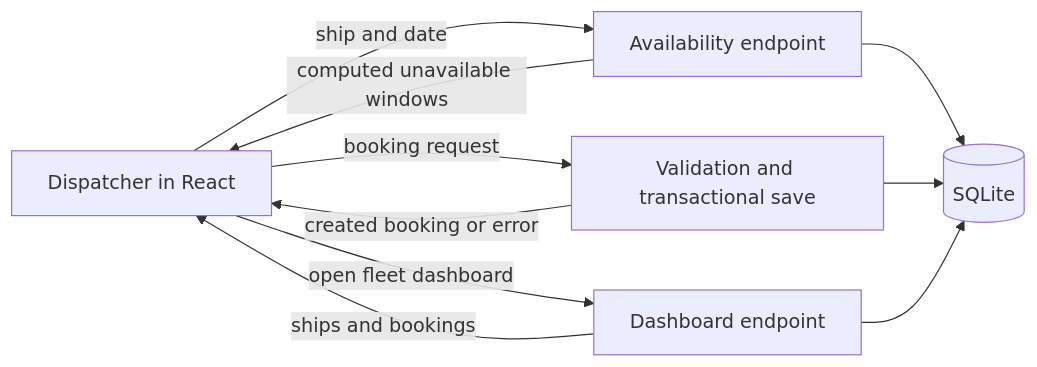
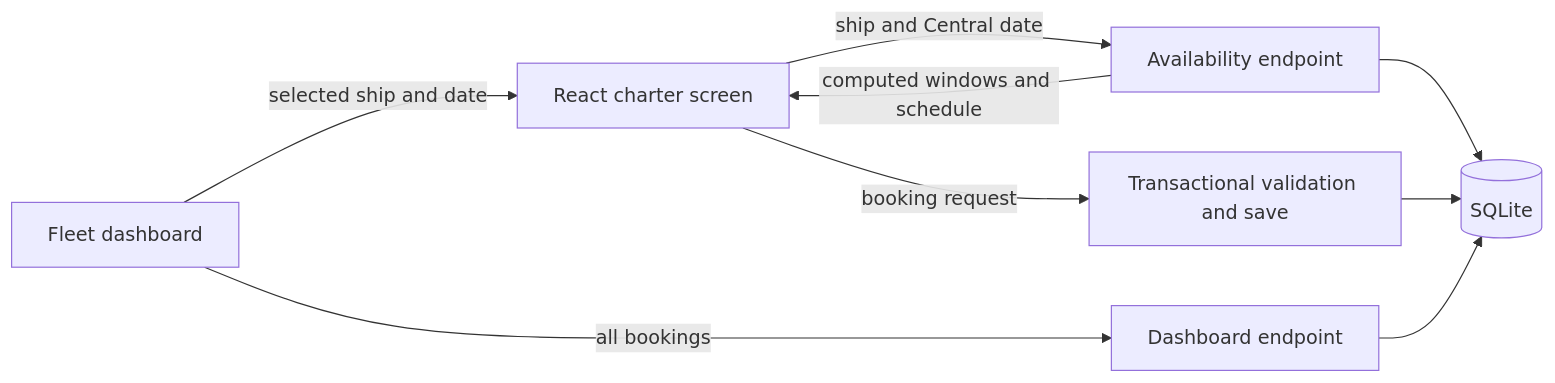
The diagram in documentation/implementation-and-mvp.md (waltmansoftware/spaceport-booking), drawn with Mermaid before and after one commit. The commit also changed other lines of this file and 16 other files, not shown here.

````diff
--- a/documentation/implementation-and-mvp.md
+++ b/documentation/implementation-and-mvp.md
@@ -34,12 +33,11 @@
 ```mermaid
 flowchart LR
-    U[Dispatcher in React] -->|ship and date| A[Availability endpoint]
-    U -->|booking request| V[Validation and transactional save]
-    U -->|open fleet dashboard| D[Dashboard endpoint]
+    U[React charter screen] -->|ship and Central date| A[Availability endpoint]
+    U -->|booking request| V[Transactional validation and save]
+    F[Fleet dashboard] -->|all bookings| D[Dashboard endpoint]
+    F -->|selected ship and date| U
     A --> DB[(SQLite)]
     V --> DB
     D --> DB
-    A -->|computed unavailable windows| U
-    V -->|created booking or error| U
-    D -->|ships and bookings| U
+    A -->|computed windows and schedule| U
 ```
````
